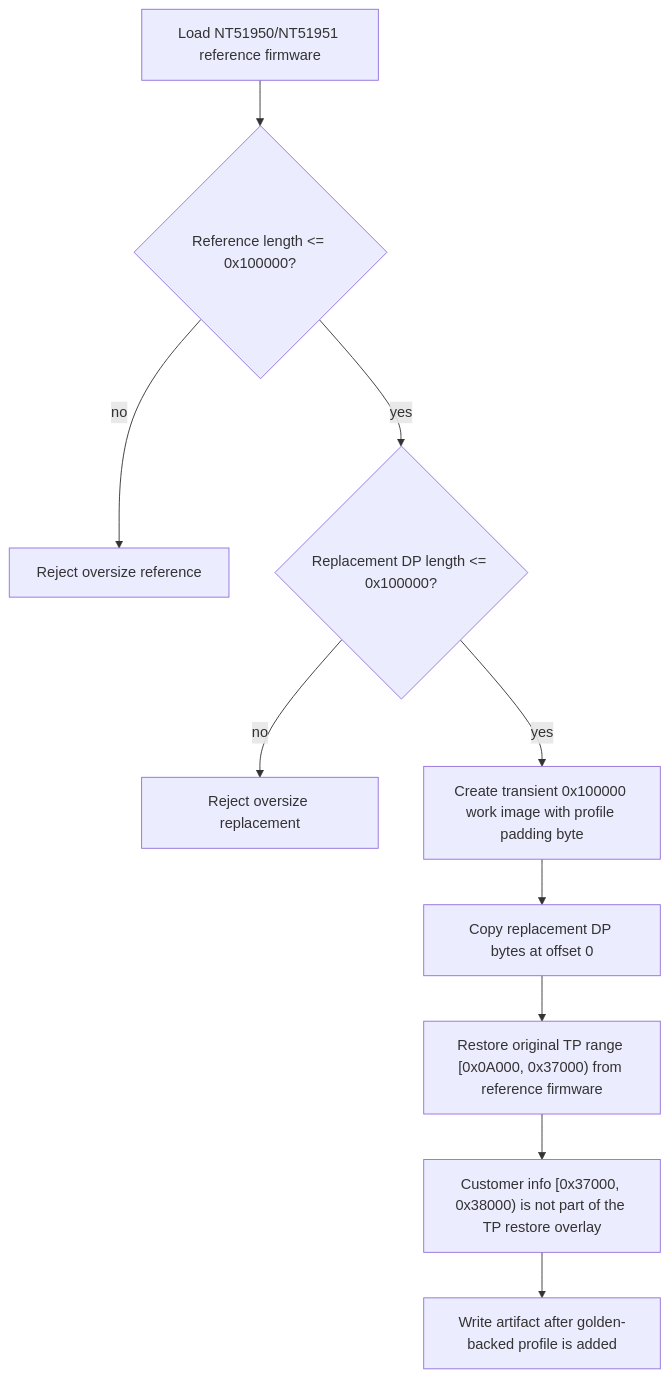
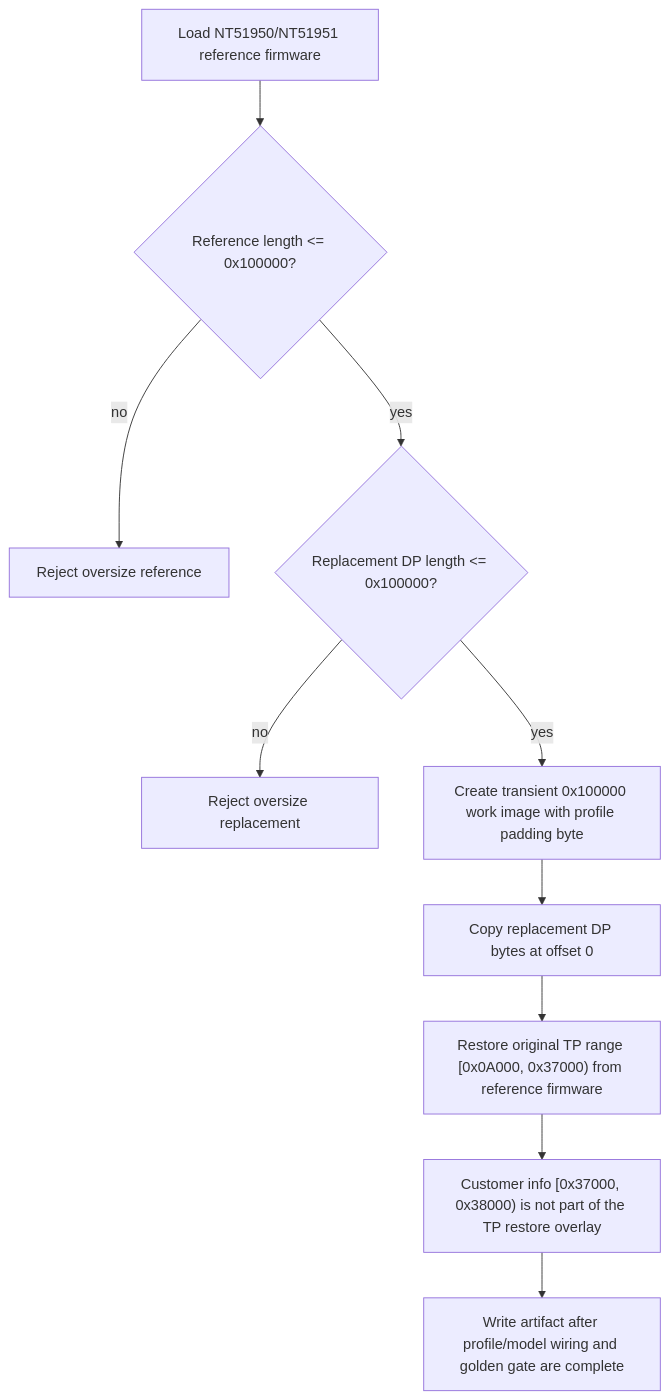
Before and after one commit to Dennis40816/nvt_fw_combiner: the sixth of 12 diagrams in docs/architecture/ic-workflow-flowcharts.md, drawn with Mermaid. The commit also changed other lines of this file and 36 other files, not shown here.

````diff
--- a/docs/architecture/ic-workflow-flowcharts.md
+++ b/docs/architecture/ic-workflow-flowcharts.md
@@ -123,12 +140,12 @@
 ```mermaid
 flowchart TD
     A["Load NT51950/NT51951 reference firmware"] --> B{"Reference length <= 0x100000?"}
     B -- "no" --> C["Reject oversize reference"]
     B -- "yes" --> D{"Replacement DP length <= 0x100000?"}
     D -- "no" --> E["Reject oversize replacement"]
     D -- "yes" --> F["Create transient 0x100000 work image with profile padding byte"]
     F --> G["Copy replacement DP bytes at offset 0"]
     G --> H["Restore original TP range [0x0A000, 0x37000) from reference firmware"]
     H --> I["Customer info [0x37000, 0x38000) is not part of the TP restore overlay"]
-    I --> J["Write artifact after golden-backed profile is added"]
+    I --> J["Write artifact after profile/model wiring and golden gate are complete"]
 ```
````
